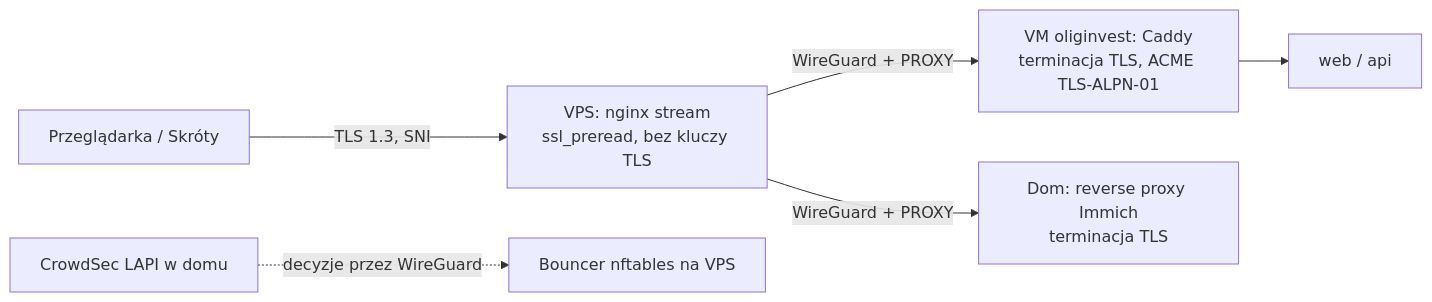
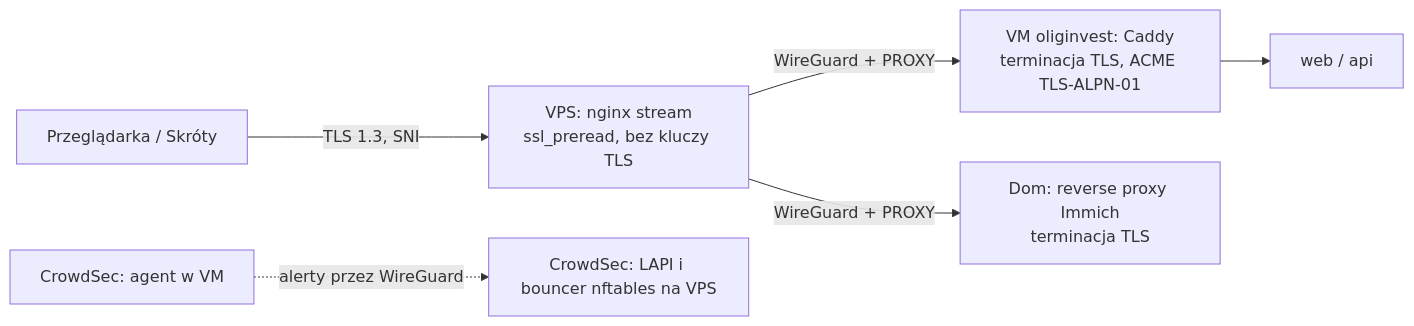
Before and after one commit to Ipper18/OligInvest: the diagram in docs/09-decyzje/ADR-011-topologia-wdrozenia.md, drawn with Mermaid. The commit also changed other lines of this file and 26 other files, not shown here.

````diff
--- a/docs/09-decyzje/ADR-011-topologia-wdrozenia.md
+++ b/docs/09-decyzje/ADR-011-topologia-wdrozenia.md
@@ -49,8 +49,8 @@
 ```mermaid
 flowchart LR
   U["Przeglądarka / Skróty"] -->|"TLS 1.3, SNI"| V["VPS: nginx stream<br/>ssl_preread, bez kluczy TLS"]
   V -->|"WireGuard + PROXY"| C["VM oliginvest: Caddy<br/>terminacja TLS, ACME TLS-ALPN-01"]
   V -->|"WireGuard + PROXY"| I["Dom: reverse proxy Immich<br/>terminacja TLS"]
   C --> APP["web / api"]
-  CS["CrowdSec LAPI w domu"] -.->|"decyzje przez WireGuard"| B["Bouncer nftables na VPS"]
+  CA["CrowdSec: agent w VM"] -.->|"alerty przez WireGuard"| CS["CrowdSec: LAPI i bouncer nftables na VPS"]
 ```
````
